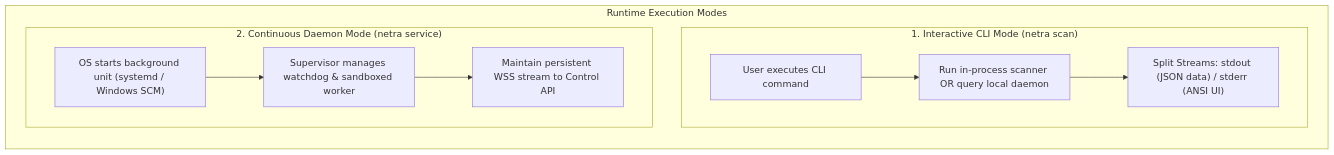
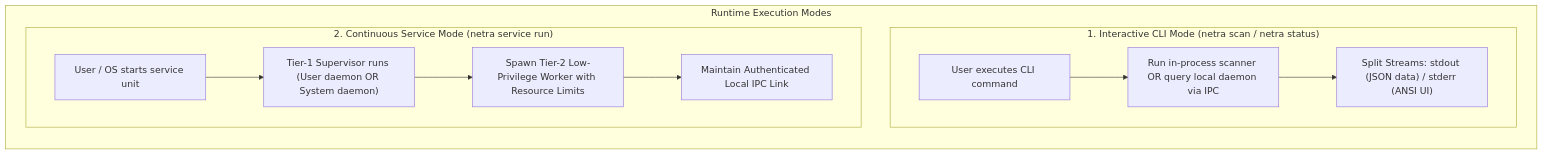
One commit to Subhadip-Paul2006/NETRA-Backend changed the seventh of 13 diagrams in docs/ARCHITECTURE.md. Above: the diagram before and after it, drawn with Mermaid. The commit also changed other lines of this file and 41 other files, not shown here.

First line of the commit message:
feat(phase2.3): implement privilege separation, process isolation, and local IPC foundation

````diff
--- a/docs/ARCHITECTURE.md
+++ b/docs/ARCHITECTURE.md
@@ -220,15 +243,16 @@
 ```mermaid
 flowchart TD
     subgraph RuntimeModes["Runtime Execution Modes"]
         direction TB
-        subgraph Mode1["1. Interactive CLI Mode (netra scan)"]
-            CLIExec["User executes CLI command"] --> LocalEngine["Run in-process scanner OR query local daemon"]
+        subgraph Mode1["1. Interactive CLI Mode (netra scan / netra status)"]
+            CLIExec["User executes CLI command"] --> LocalEngine["Run in-process scanner OR query local daemon via IPC"]
             LocalEngine --> StreamSplit["Split Streams: stdout (JSON data) / stderr (ANSI UI)"]
         end
         
-        subgraph Mode2["2. Continuous Daemon Mode (netra service)"]
-            ServiceExec["OS starts background unit (systemd / Windows SCM)"] --> SupDaemon["Supervisor manages watchdog & sandboxed worker"]
-            SupDaemon --> StreamOut["Maintain persistent WSS stream to Control API"]
+        subgraph Mode2["2. Continuous Service Mode (netra service run)"]
+            ServiceExec["User / OS starts service unit"] --> SupDaemon["Tier-1 Supervisor runs (User daemon OR System daemon)"]
+            SupDaemon --> SpawnWorker["Spawn Tier-2 Low-Privilege Worker with Resource Limits"]
+            SpawnWorker --> LocalIPC["Maintain Authenticated Local IPC Link"]
         end
     end
 ```
````
